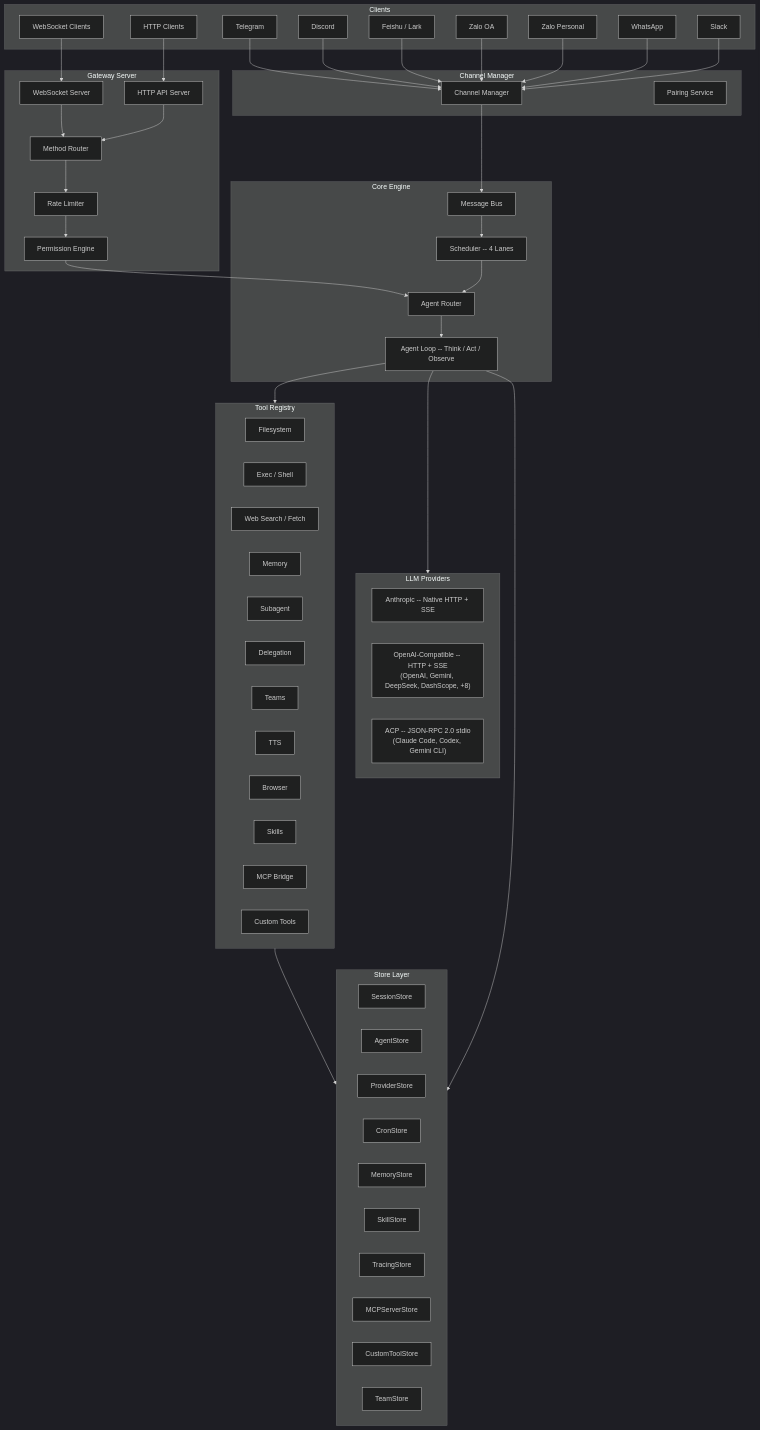
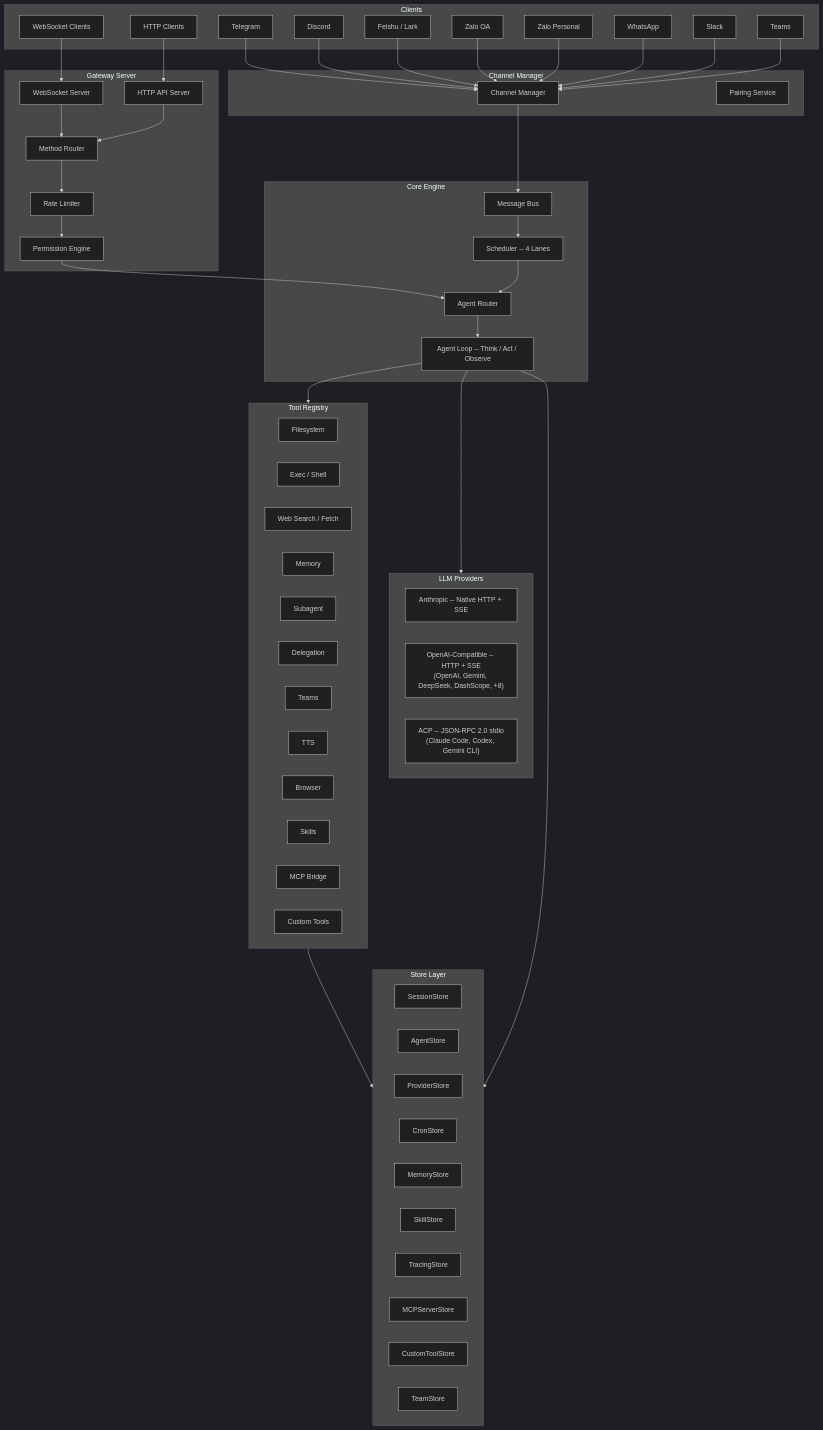
One commit to nextlevelbuilder/goclaw changed the first of 6 diagrams in docs/00-architecture-overview.md. Above: the diagram before and after it, drawn with Mermaid (dark theme). The commit also changed other lines of this file and 16 other files, not shown here.

```diff
--- a/docs/00-architecture-overview.md
+++ b/docs/00-architecture-overview.md
@@ -18,6 +18,7 @@
         ZLP[Zalo Personal]
         WA[WhatsApp]
         SL[Slack]
+        TM[Teams]
     end
 
     subgraph Gateway["Gateway Server"]
@@ -76,7 +77,7 @@
 
     WS --> WSS
     HTTP --> HTTPS
-    TG & DC & FS & ZL & ZLP & WA & SL --> CM
+    TG & DC & FS & ZL & ZLP & WA & SL & TM --> CM
 
     WSS --> MR
     HTTPS --> MR
```
